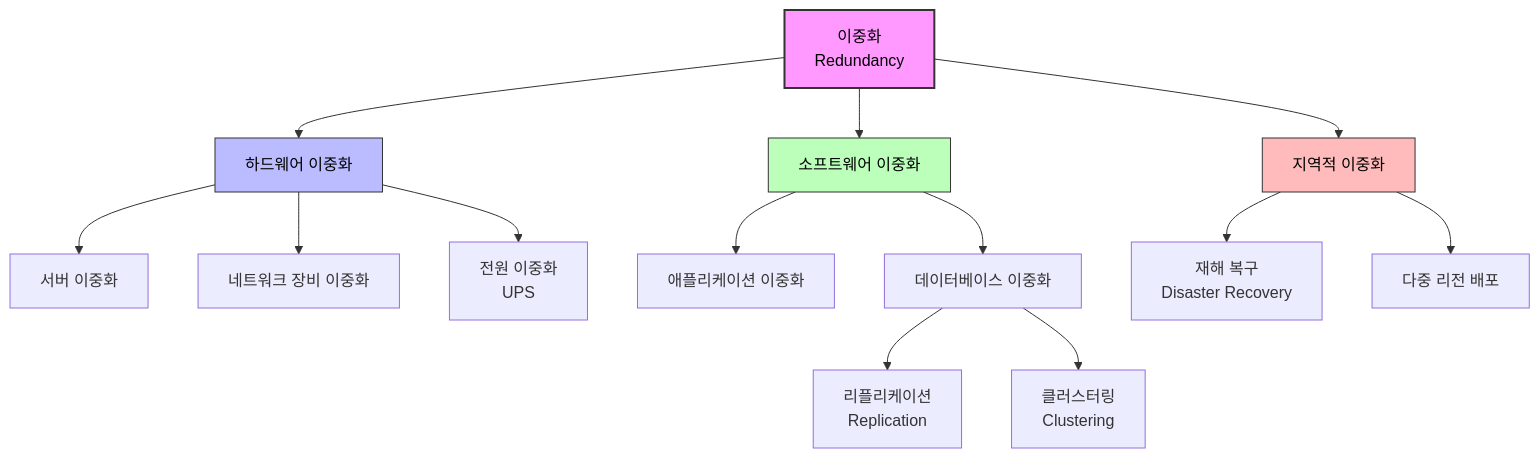
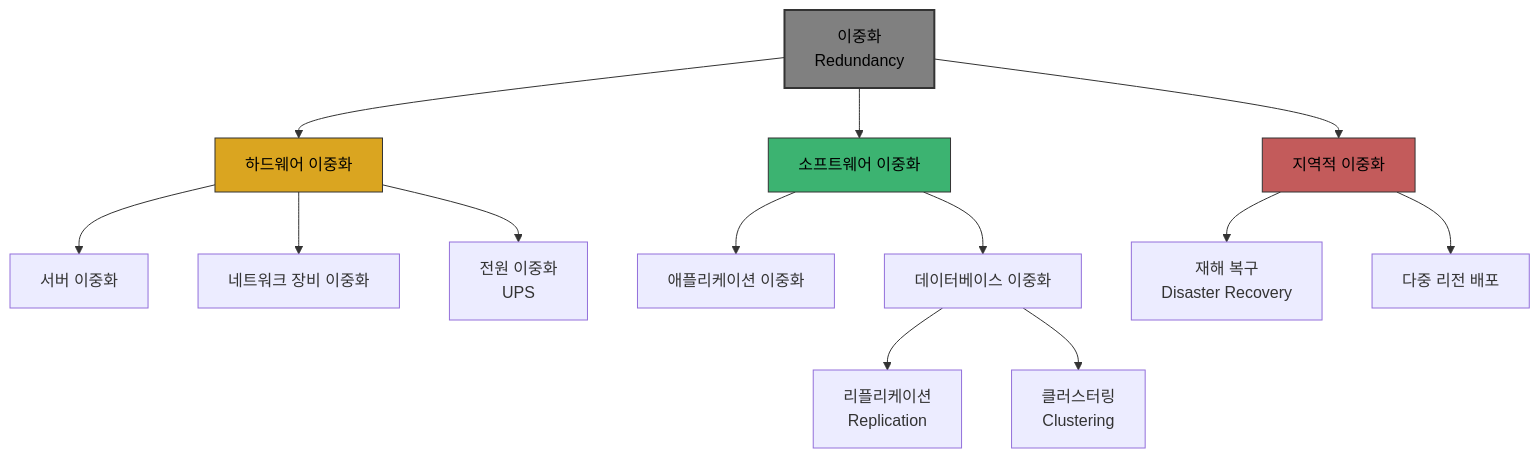
The second of 4 diagrams in chapters/07-1_stability_technology.md (KalGookSoo/network-basic), drawn with Mermaid before and after one commit. The commit also changed other lines of this file and 3 other files, not shown here.

Commit message:
docs: 표 시각 개선 - 다이어그램 색상 일관성 및 가독성 향상

````diff
--- a/chapters/07-1_stability_technology.md
+++ b/chapters/07-1_stability_technology.md
@@ -47,23 +47,23 @@
 ```mermaid
 graph TD
     A[이중화<br>Redundancy] --> B[하드웨어 이중화]
     A --> C[소프트웨어 이중화]
     A --> D[지역적 이중화]
 
     B --> B1[서버 이중화]
     B --> B2[네트워크 장비 이중화]
     B --> B3[전원 이중화<br>UPS]
 
     C --> C1[애플리케이션 이중화]
     C --> C2[데이터베이스 이중화]
     C2 --> C2a[리플리케이션<br>Replication]
     C2 --> C2b[클러스터링<br>Clustering]
 
     D --> D1[재해 복구<br>Disaster Recovery]
     D --> D2[다중 리전 배포]
 
-    style A fill:#f9f, stroke:#333, stroke-width:2px, color:#000
-    style B fill:#bbf, stroke:#333, stroke-width:1px, color:#000
-    style C fill:#bfb, stroke:#333, stroke-width:1px, color:#000
-    style D fill:#fbb, stroke:#333, stroke-width:1px, color:#000
+    style A fill:#808080, stroke:#333, stroke-width:2px, color:#000
+    style B fill:#daa520, stroke:#333, stroke-width:1px, color:#000
+    style C fill:#3cb371, stroke:#333, stroke-width:1px, color:#000
+    style D fill:#c35b5b, stroke:#333, stroke-width:1px, color:#000
 ```
````
